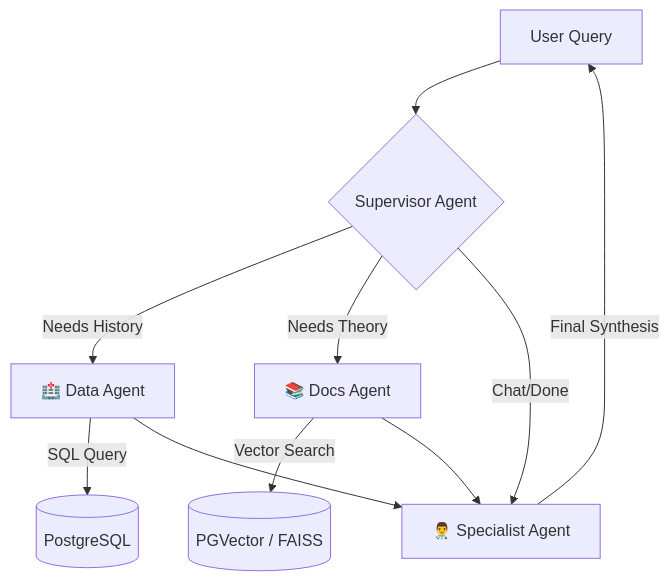
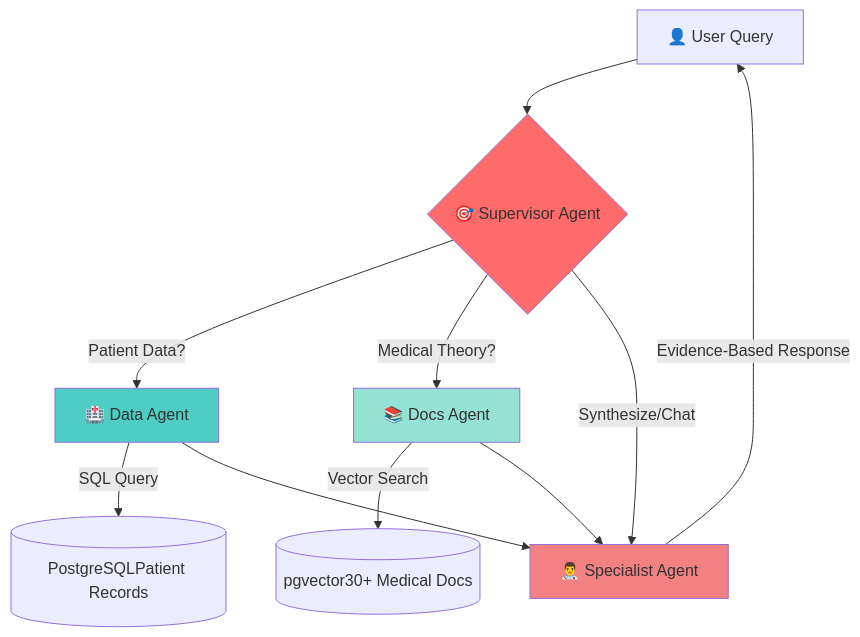
Before and after one commit to JosuePerezValenzuela/Nexus: the diagram in README.md, drawn with Mermaid. The commit also changed other lines of this file and 1 other file, not shown here.

````diff
--- a/README.md
+++ b/README.md
@@ -37,16 +77,21 @@
 ```mermaid
 graph TD
-    User[User Query] --> Supervisor{Supervisor Agent}
+    User[👤 User Query] --> Supervisor{🎯 Supervisor Agent}
     
-    Supervisor -->|Needs History| DataAgent[🏥 Data Agent]
-    Supervisor -->|Needs Theory| DocsAgent[📚 Docs Agent]
-    Supervisor -->|Chat/Done| Specialist[👨‍⚕️ Specialist Agent]
+    Supervisor -->|"Patient Data?"| DataAgent[🏥 Data Agent]
+    Supervisor -->|"Medical Theory?"| DocsAgent[📚 Docs Agent]
+    Supervisor -->|"Synthesize/Chat"| Specialist[👨‍⚕️ Specialist Agent]
     
-    DataAgent -->|SQL Query| DB[(PostgreSQL)]
-    DocsAgent -->|Vector Search| VectorDB[(PGVector / FAISS)]
+    DataAgent -->|SQL Query| DB[(PostgreSQLPatient Records)]
+    DocsAgent -->|Vector Search| VectorDB[(pgvector30+ Medical Docs)]
     
     DataAgent --> Specialist
     DocsAgent --> Specialist
     
-    Specialist -->|Final Synthesis| User
+    Specialist -->|Evidence-Based Response| User
+    
+    style Supervisor fill:#FF6B6B
+    style DataAgent fill:#4ECDC4
+    style DocsAgent fill:#95E1D3
+    style Specialist fill:#F38181
 ```
````
